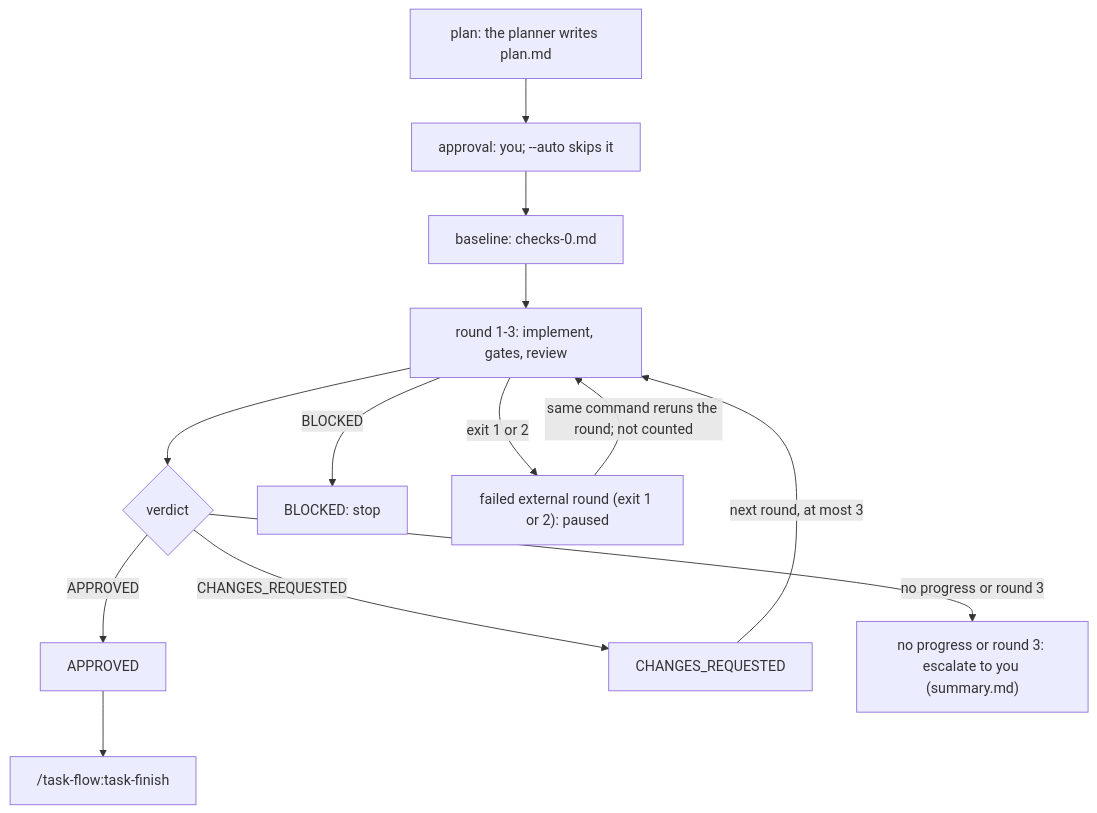
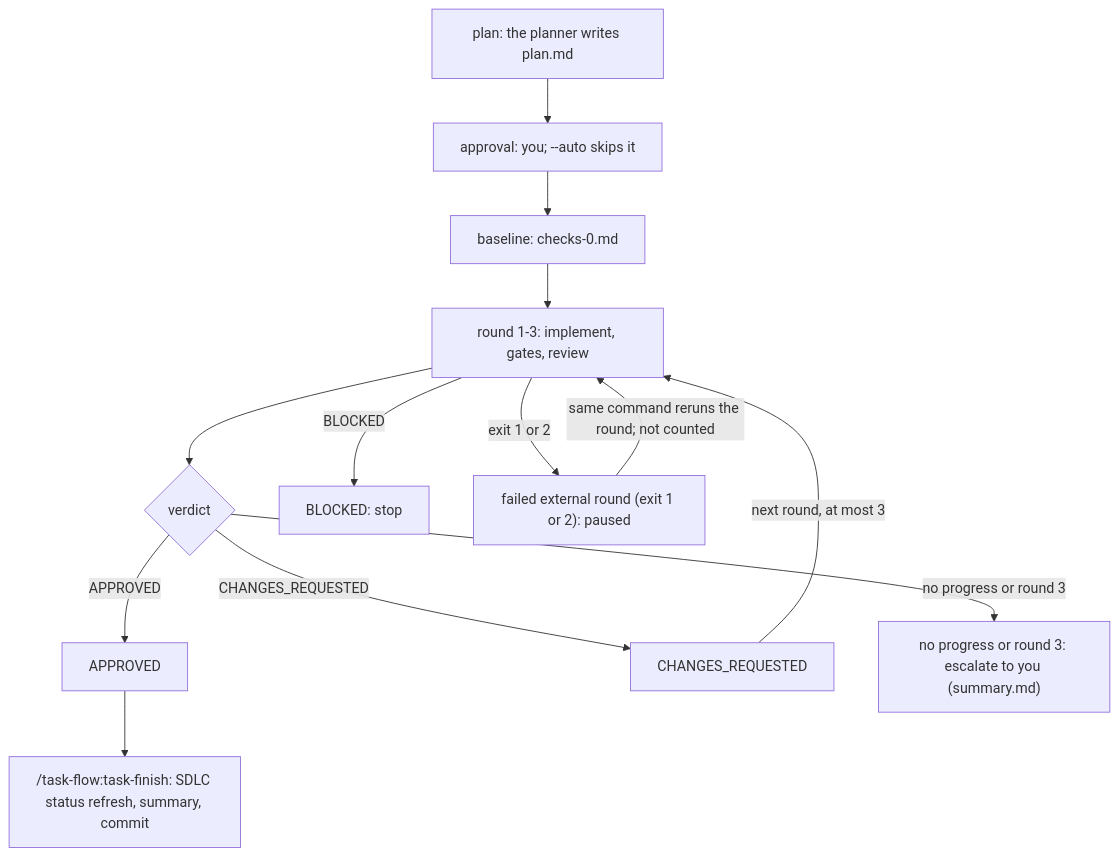
Before and after one commit to jakos/claude-baseline: the diagram in docs/task-flow/commands.md, drawn with Mermaid. The commit also changed other lines of this file and 15 other files, not shown here.

First line of the commit message:
docs: state the AI-native SDLC purpose and generate the stage status view

````diff
--- a/docs/task-flow/commands.md
+++ b/docs/task-flow/commands.md
@@ -12,26 +12,26 @@
 ```mermaid
 flowchart TD
   plan["plan: the planner writes plan.md"]
   approve["approval: you; --auto skips it"]
   base["baseline: checks-0.md"]
   round["round 1-3: implement, gates, review"]
   verdict{"verdict"}
   approved["APPROVED"]
-  finish["/task-flow:task-finish"]
+  finish["/task-flow:task-finish: SDLC status refresh, summary, commit"]
   changes["CHANGES_REQUESTED"]
   escalate["no progress or round 3: escalate to you (summary.md)"]
   blocked["BLOCKED: stop"]
   paused["failed external round (exit 1 or 2): paused"]
   plan --> approve
   approve --> base
   base --> round
   round --> verdict
   verdict -->|"APPROVED"| approved
   approved --> finish
   verdict -->|"CHANGES_REQUESTED"| changes
   changes -->|"next round, at most 3"| round
   verdict -->|"no progress or round 3"| escalate
   round -->|"BLOCKED"| blocked
   round -->|"exit 1 or 2"| paused
   paused -->|"same command reruns the round; not counted"| round
 ```
````
